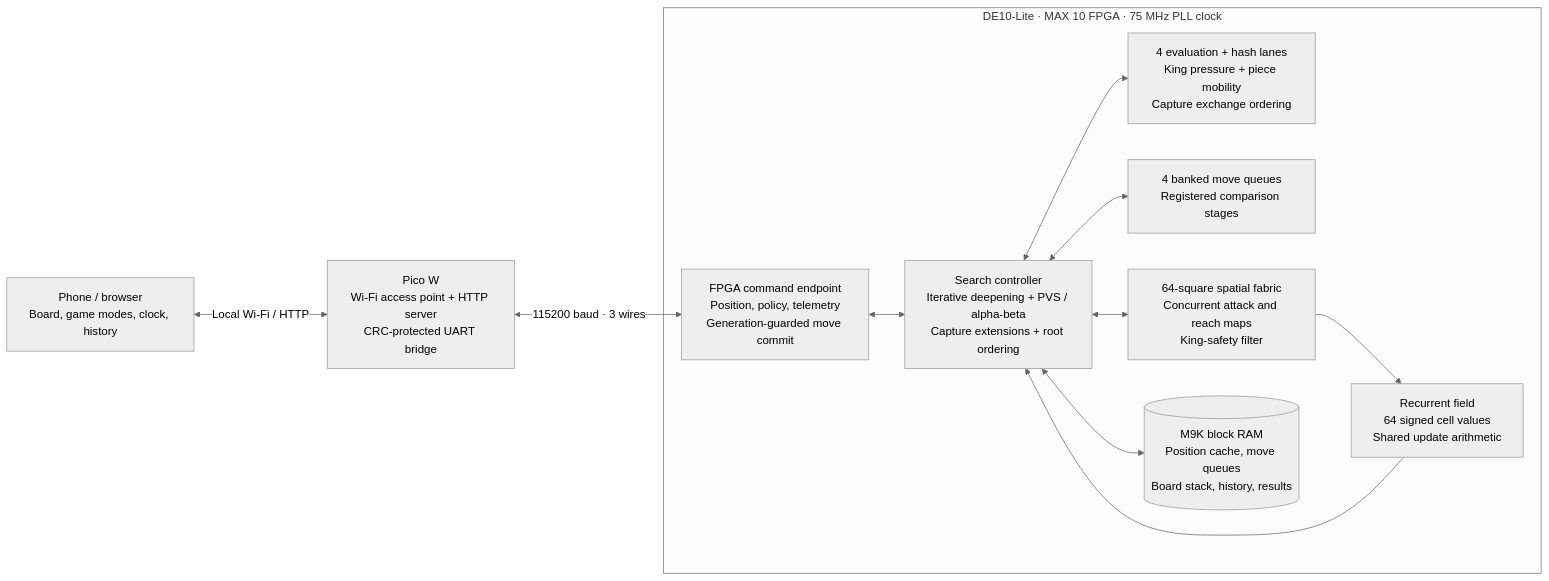
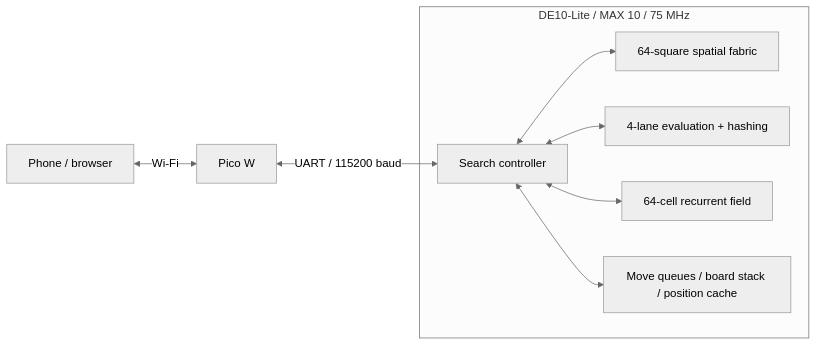
The diagram in README.md (phase0noise/DE10LiteChess), drawn with Mermaid (neutral theme) before and after one commit. The commit also changed other lines of this file and 11 other files, not shown here.

````diff
--- a/README.md
+++ b/README.md
@@ -15,23 +45,11 @@
 ```mermaid
 flowchart LR
-    Phone["Phone / browser<br/>Board, game modes, clock, history"]
-    Pico["Pico W<br/>Wi-Fi access point + HTTP server<br/>CRC-protected UART bridge"]
-    API["FPGA command endpoint<br/>Position, policy, telemetry<br/>Generation-guarded move commit"]
-    Search["Search controller<br/>Iterative deepening + PVS / alpha-beta<br/>Capture extensions + root ordering"]
-    Eval["4 evaluation + hash lanes<br/>King pressure + piece mobility<br/>Capture exchange ordering"]
-    Queue["4 banked move queues<br/>Registered comparison stages"]
-    Spatial["64-square spatial fabric<br/>Concurrent attack and reach maps<br/>King-safety filter"]
-    Field["Recurrent field<br/>64 signed cell values<br/>Shared update arithmetic"]
-    RAM[("M9K block RAM<br/>Position cache, move queues<br/>Board stack, history, results")]
-    Phone <-->|"Local Wi-Fi / HTTP"| Pico
-    Pico <-->|"115200 baud · 3 wires"| API
-    subgraph MAX10["DE10-Lite · MAX 10 FPGA · 75 MHz PLL clock"]
-        API <--> Search
-        Search <--> Spatial
-        Search <--> RAM
-        Search <--> Eval
-        Search <--> Queue
-        Field --> Search
-        Spatial --> Field
+    Browser["Phone / browser"] <-->|Wi-Fi| Pico["Pico W"]
+    Pico <-->|"UART / 115200 baud"| Controller
+    subgraph FPGA["DE10-Lite / MAX 10 / 75 MHz"]
+        Controller["Search controller"] <--> Spatial["64-square spatial fabric"]
+        Controller <--> Eval["4-lane evaluation + hashing"]
+        Controller <--> Field["64-cell recurrent field"]
+        Controller <--> RAM["Move queues / board stack / position cache"]
     end
 ```
````
